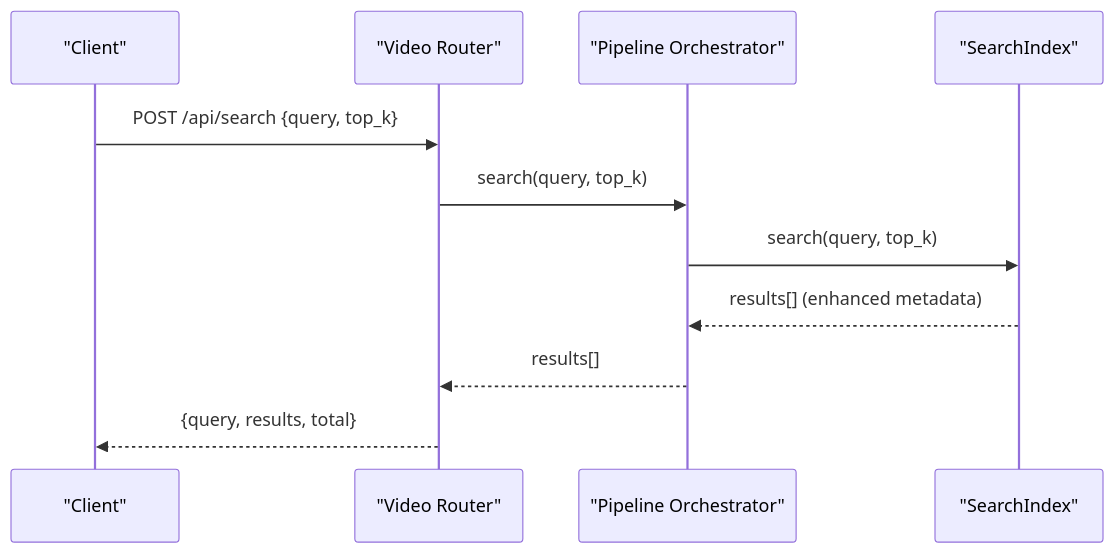
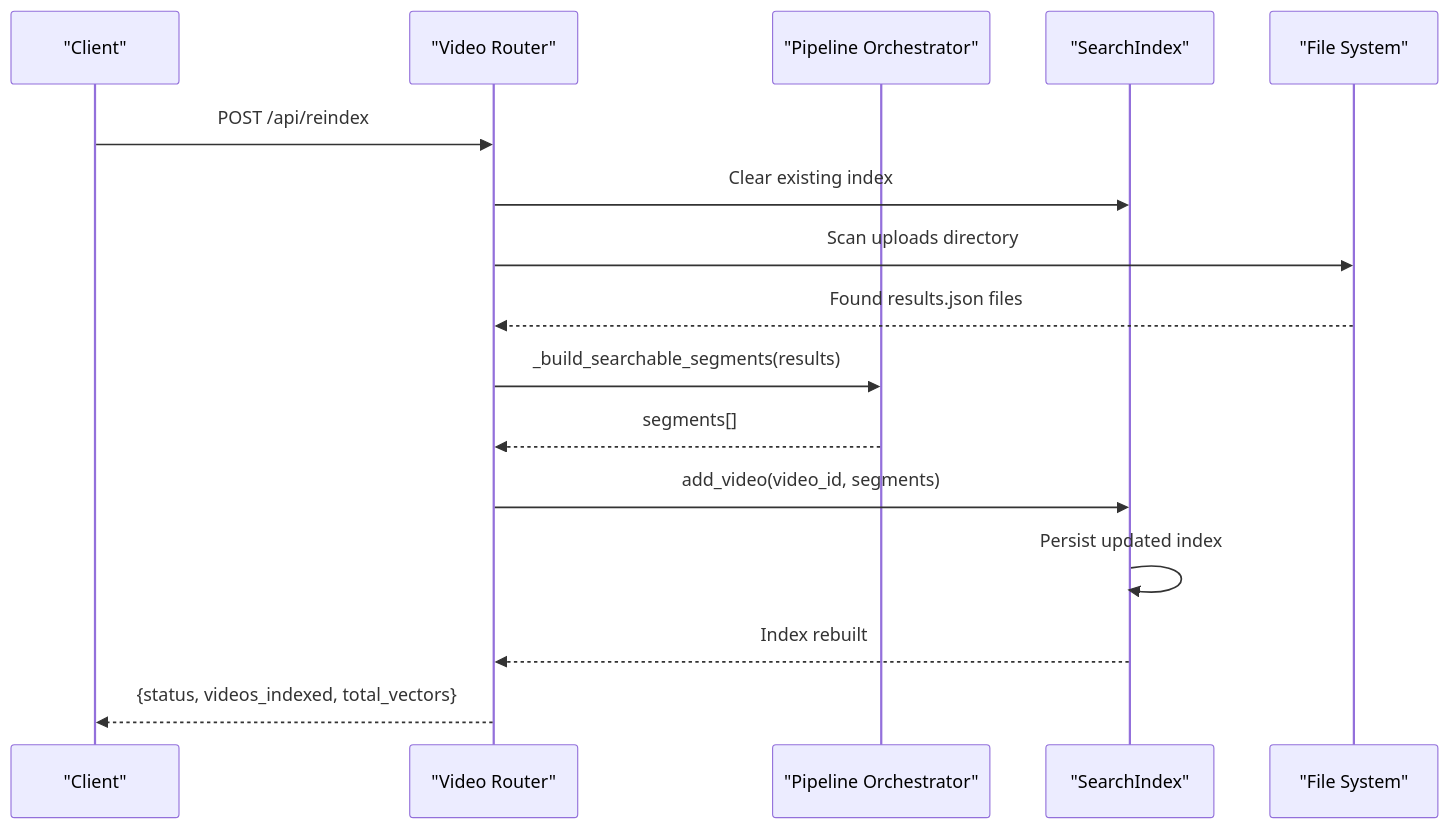
Before and after one commit to alexandreybasta-cyber/dubai-media-ai: the seventh of 10 diagrams in .qoder/repowiki/en/content/Intelligent Search System.md, drawn with Mermaid. The commit also changed other lines of this file and 23 other files, not shown here.

````diff
--- a/.qoder/repowiki/en/content/Intelligent Search System.md
+++ b/.qoder/repowiki/en/content/Intelligent Search System.md
@@ -260,13 +289,18 @@
 ```mermaid
 sequenceDiagram
 participant Client as "Client"
 participant Router as "Video Router"
 participant Orchestrator as "Pipeline Orchestrator"
 participant SearchIndex as "SearchIndex"
-Client->>Router : POST /api/search {query, top_k}
-Router->>Orchestrator : search(query, top_k)
-Orchestrator->>SearchIndex : search(query, top_k)
-SearchIndex-->>Orchestrator : results[] (enhanced metadata)
-Orchestrator-->>Router : results[]
-Router-->>Client : {query, results, total}
+participant FS as "File System"
+Client->>Router : POST /api/reindex
+Router->>SearchIndex : Clear existing index
+Router->>FS : Scan uploads directory
+FS-->>Router : Found results.json files
+Router->>Orchestrator : _build_searchable_segments(results)
+Orchestrator-->>Router : segments[]
+Router->>SearchIndex : add_video(video_id, segments)
+SearchIndex->>SearchIndex : Persist updated index
+SearchIndex-->>Router : Index rebuilt
+Router-->>Client : {status, videos_indexed, total_vectors}
 ```
````
